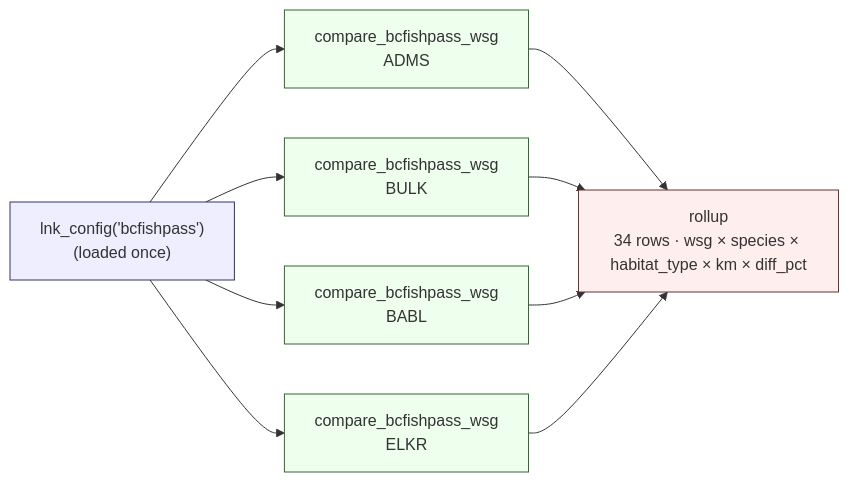
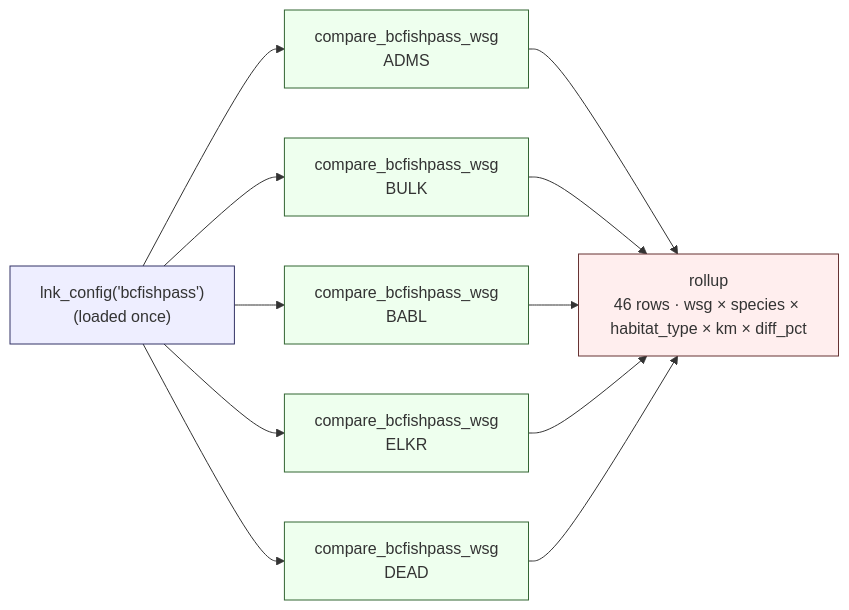
The second of 2 diagrams in research/bcfishpass_comparison.md (NewGraphEnvironment/link), drawn with Mermaid before and after one commit. The commit also changed other lines of this file and 27 other files, not shown here.

````diff
--- a/research/bcfishpass_comparison.md
+++ b/research/bcfishpass_comparison.md
@@ -90,21 +102,23 @@
 ```mermaid
 flowchart LR
     cfg["lnk_config('bcfishpass')<br/>(loaded once)"]
 
     cfg --> ADMS["compare_bcfishpass_wsg<br/>ADMS"]
     cfg --> BULK["compare_bcfishpass_wsg<br/>BULK"]
     cfg --> BABL["compare_bcfishpass_wsg<br/>BABL"]
     cfg --> ELKR["compare_bcfishpass_wsg<br/>ELKR"]
+    cfg --> DEAD["compare_bcfishpass_wsg<br/>DEAD"]
 
-    ADMS --> rollup["rollup<br/>34 rows · wsg × species × habitat_type × km × diff_pct"]
+    ADMS --> rollup["rollup<br/>46 rows · wsg × species × habitat_type × km × diff_pct"]
     BULK --> rollup
     BABL --> rollup
     ELKR --> rollup
+    DEAD --> rollup
 
     classDef root fill:#eef,stroke:#336;
     classDef wsg  fill:#efe,stroke:#363;
     classDef sink fill:#fee,stroke:#633;
     class cfg root
-    class ADMS,BULK,BABL,ELKR wsg
+    class ADMS,BULK,BABL,ELKR,DEAD wsg
     class rollup sink
 ```
````
